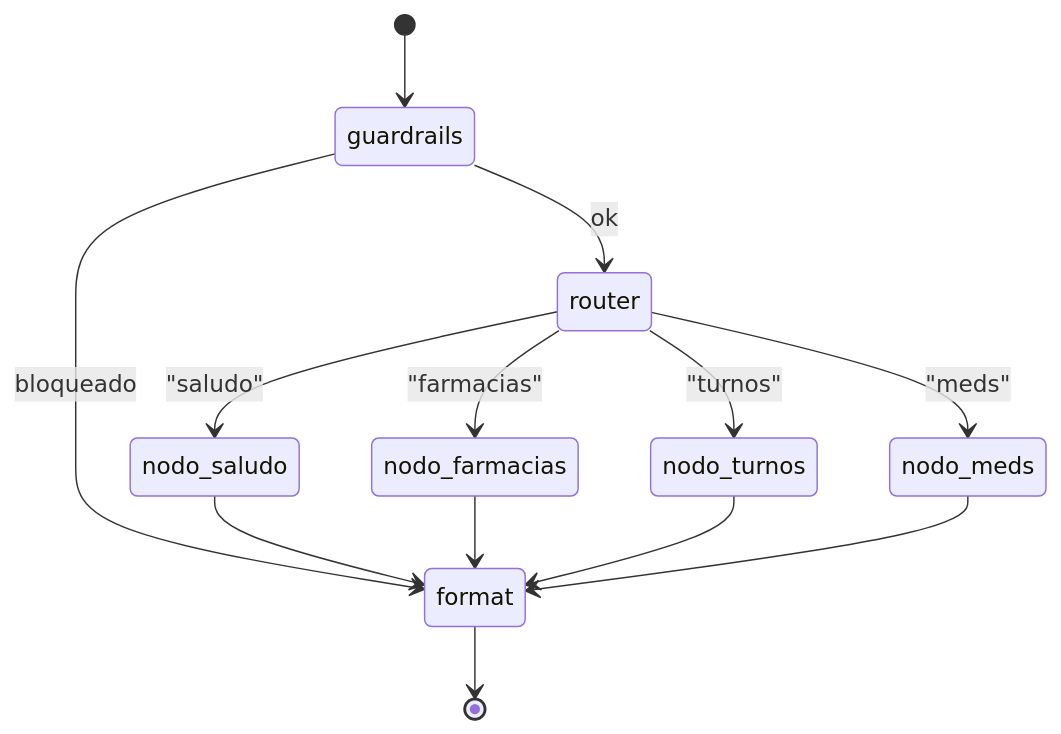
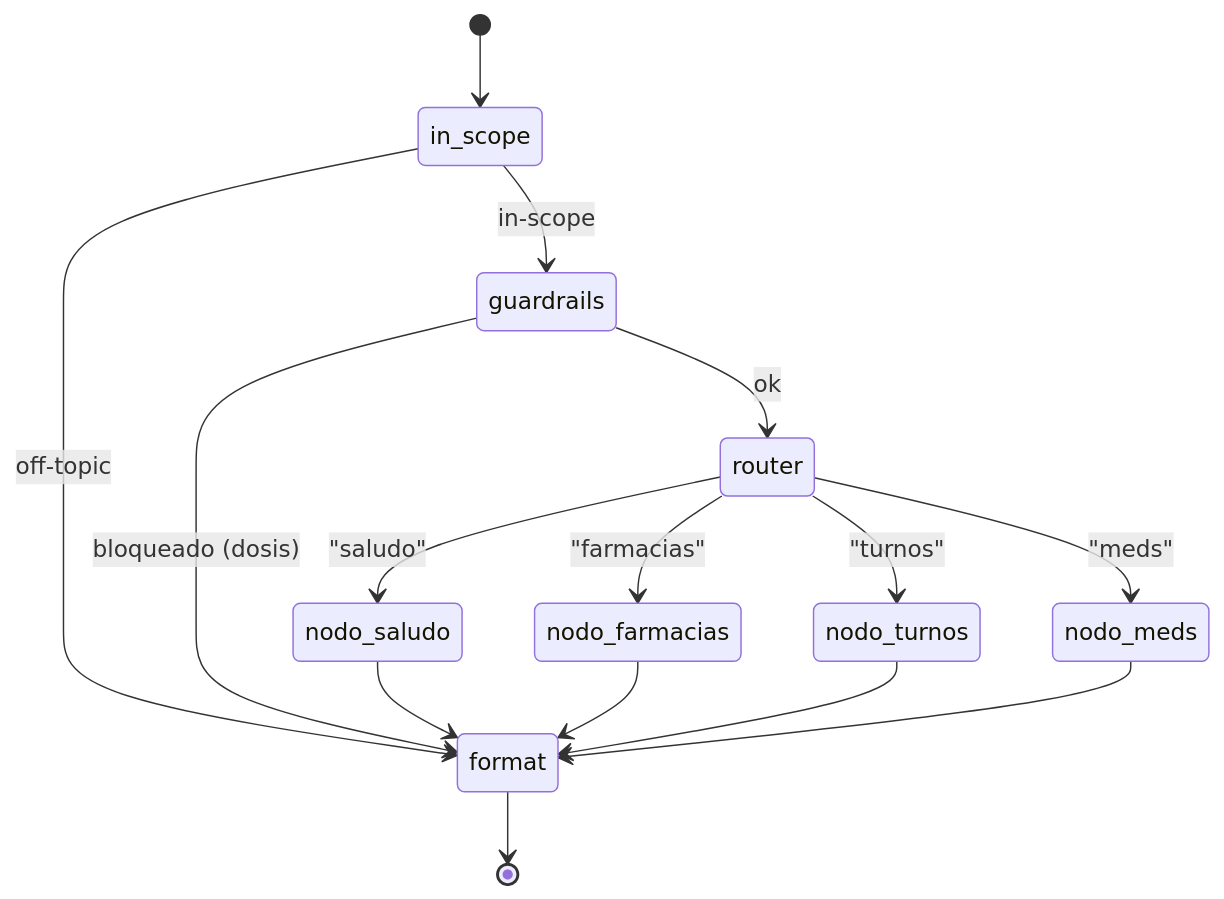
Before and after one commit to lastra00/medical-assistant: the third of 4 diagrams in README.md, drawn with Mermaid. The commit also changed other lines of this file and 1 other file, not shown here.

````diff
--- a/README.md
+++ b/README.md
@@ -82,15 +84,17 @@
 ```mermaid
 stateDiagram-v2
-  [*] --> guardrails
-  guardrails --> format: bloqueado
+  [*] --> in_scope
+  in_scope --> format: off-topic
+  in_scope --> guardrails: in-scope
+  guardrails --> format: bloqueado (dosis)
   guardrails --> router: ok
   router --> nodo_saludo: "saludo"
   router --> nodo_farmacias: "farmacias"
   router --> nodo_turnos: "turnos"
   router --> nodo_meds: "meds"
   nodo_saludo --> format
   nodo_farmacias --> format
   nodo_turnos --> format
   nodo_meds --> format
   format --> [*]
 ```
````
